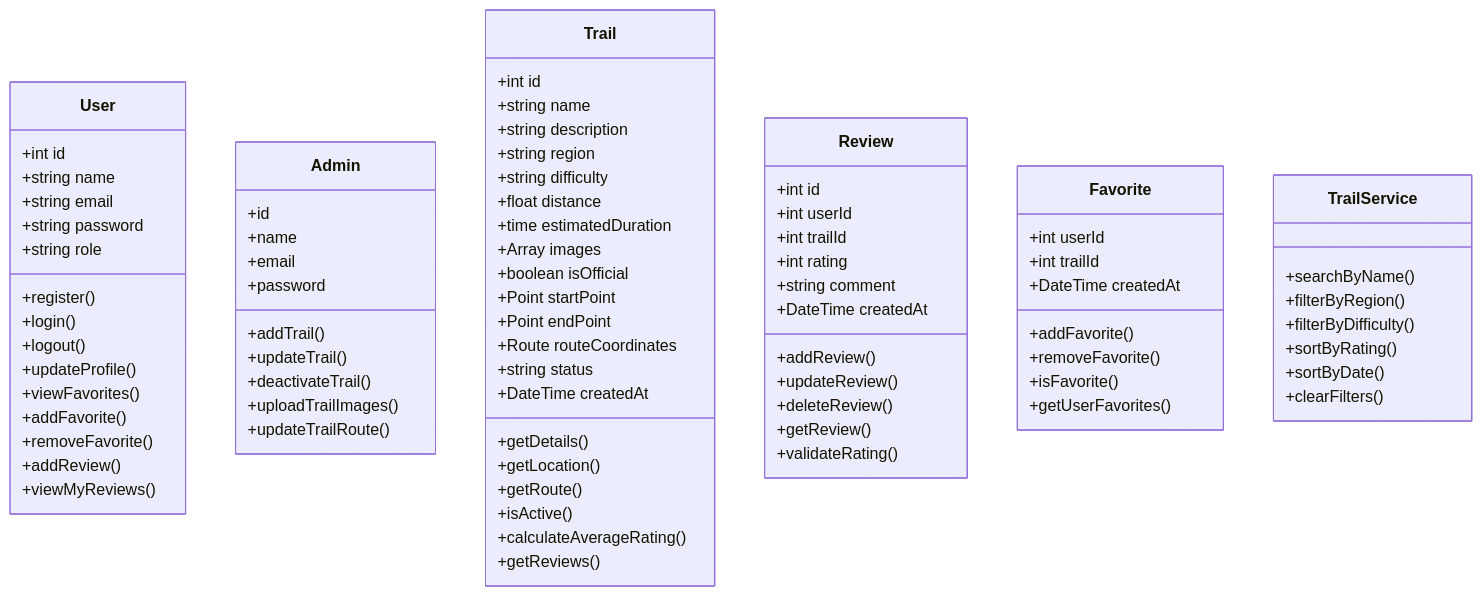
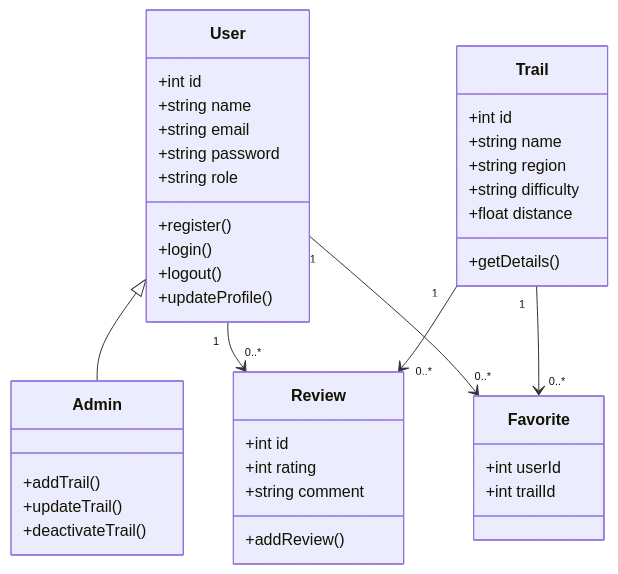
The first of 2 diagrams in README.md (SarahAlkhubaizy/test), drawn with Mermaid before and after one commit. The commit also changed other lines of this file, not shown here.

````diff
--- a/README.md
+++ b/README.md
@@ -1,5 +13,6 @@
 ```mermaid
 classDiagram
+    direction TB
     class User {
         +int id
         +string name
@@ -10,78 +23,34 @@
         +login()
         +logout()
         +updateProfile()
-        +viewFavorites()
-        +addFavorite()
-        +removeFavorite()
-        +addReview()
-        +viewMyReviews()
     }
-
     class Admin {
-        +id
-        +name
-        +email
-        +password
         +addTrail()
         +updateTrail()
         +deactivateTrail()
-        +uploadTrailImages()
-        +updateTrailRoute()
     }
-
     class Trail {
         +int id
         +string name
-        +string description
         +string region
         +string difficulty
         +float distance
-        +time estimatedDuration
-        +Array images
-        +boolean isOfficial
-        +Point startPoint
-        +Point endPoint
-        +Route routeCoordinates
-        +string status
-        +DateTime createdAt
         +getDetails()
-        +getLocation()
-        +getRoute()
-        +isActive()
-        +calculateAverageRating()
-        +getReviews()
     }
-
     class Review {
         +int id
-        +int userId
-        +int trailId
         +int rating
         +string comment
-        +DateTime createdAt
         +addReview()
-        +updateReview()
-        +deleteReview()
-        +getReview()
-        +validateRating()
     }
-
     class Favorite {
         +int userId
         +int trailId
-        +DateTime createdAt
-        +addFavorite()
-        +removeFavorite()
-        +isFavorite()
-        +getUserFavorites()
     }
 
-    class TrailService {
-        +searchByName()
-        +filterByRegion()
-        +filterByDifficulty()
-        +sortByRating()
-        +sortByDate()
-        +clearFilters()
-    }
+    User <|-- Admin
+    User "1" --> "0..*" Review
+    User "1" --> "0..*" Favorite
+    Trail "1" --> "0..*" Review
+    Trail "1" --> "0..*" Favorite
 ```
````
